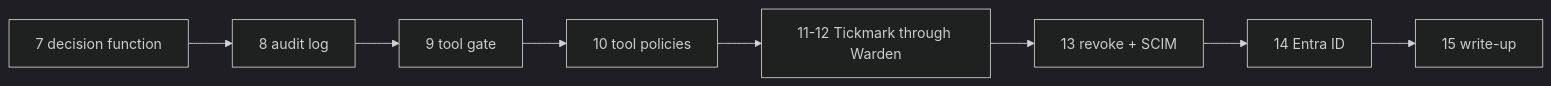
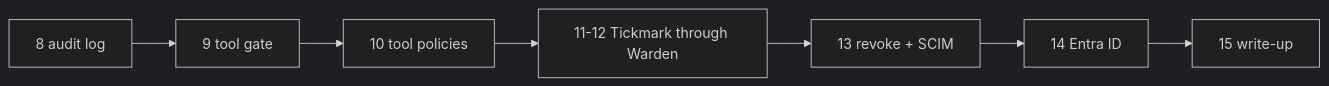
Diagram 15 of 15 in warden/docs/how-it-works.md (musishere/Warden-tickmark), drawn with Mermaid (dark theme) before and after one commit. The commit also changed other lines of this file and 7 other files, not shown here.

Commit message:
feat: Implement decision function for authorization and update related documentation

````diff
--- a/warden/docs/how-it-works.md
+++ b/warden/docs/how-it-works.md
@@ -459,4 +507,4 @@
 ```mermaid
 flowchart LR
-    s7[7 decision function] --> s8[8 audit log] --> s9[9 tool gate] --> s10[10 tool policies] --> s11[11-12 Tickmark through Warden] --> s13[13 revoke + SCIM] --> s14[14 Entra ID] --> s15[15 write-up]
+    s8[8 audit log] --> s9[9 tool gate] --> s10[10 tool policies] --> s11[11-12 Tickmark through Warden] --> s13[13 revoke + SCIM] --> s14[14 Entra ID] --> s15[15 write-up]
 ```
````
